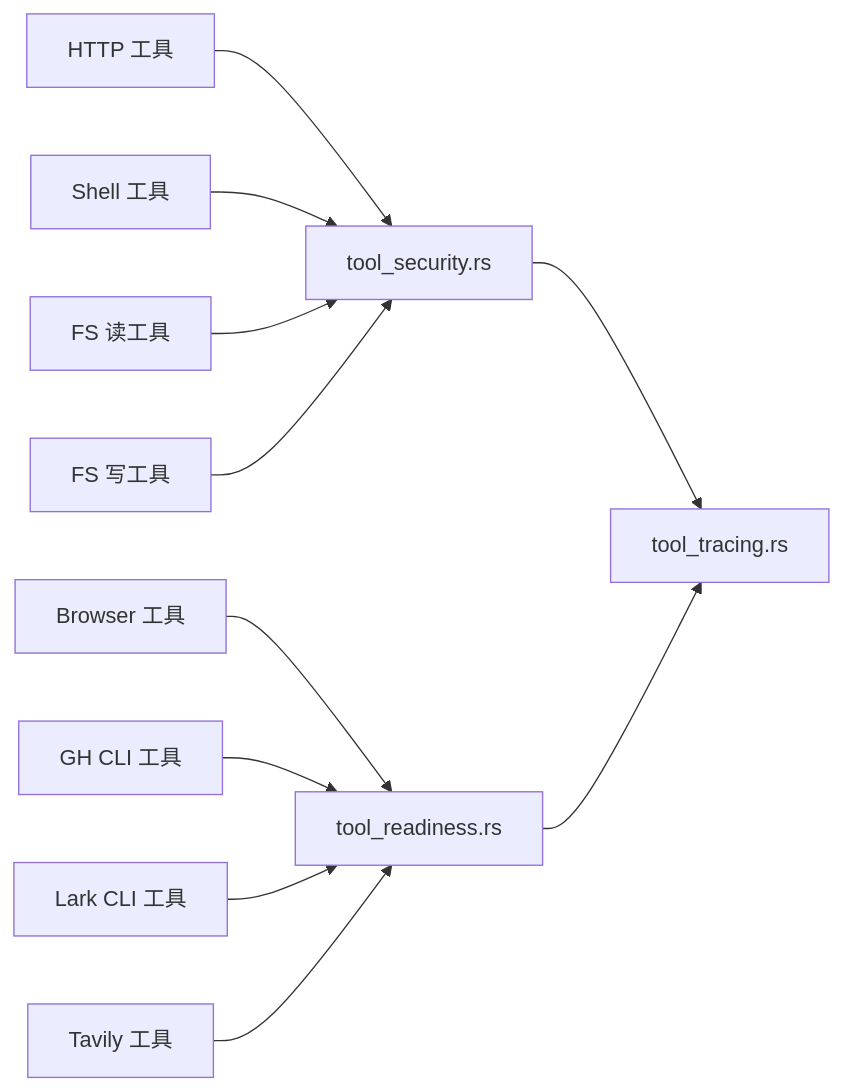
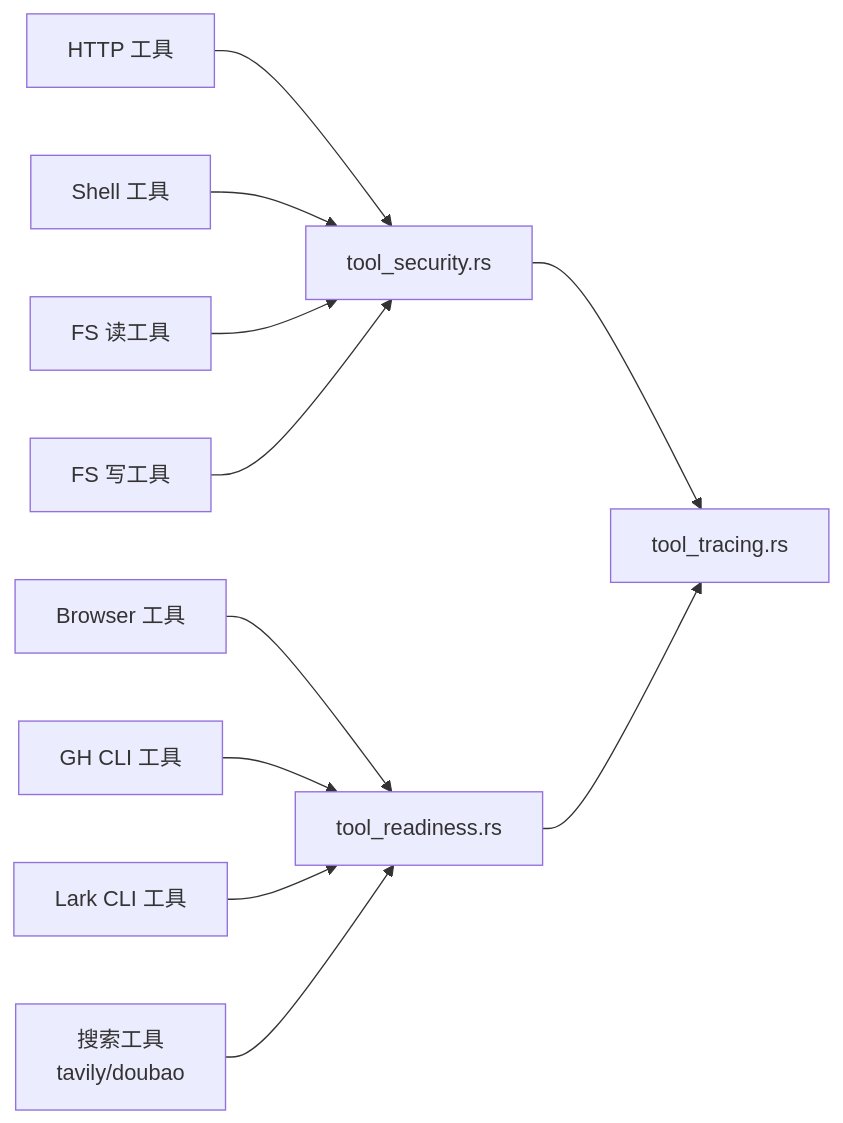
One commit to runningcoders/ai_orz changed the fourth of 4 diagrams in docs/wiki/zh/content/核心模块/工具与技能/工具系统/工具输出与安全治理.md. Above: the diagram before and after it, drawn with Mermaid. The commit also changed other lines of this file and 5 other files, not shown here.

First line of the commit message:
docs(wiki): 搜索工具 + GenericToken 凭据机制同步 — 长文更新3页 + 知识卡合并3张（含归档0张重复副卡）+ 单向引用与图谱关联对齐（AGENTS §2.1.3 v2.1，豆包搜索/Tavily迁移/GenericToken+platform）

````diff
--- a/docs/wiki/zh/content/核心模块/工具与技能/工具系统/工具输出与安全治理.md
+++ b/docs/wiki/zh/content/核心模块/工具与技能/工具系统/工具输出与安全治理.md
@@ -521,13 +538,13 @@
 ```mermaid
 graph LR
 HTTP[HTTP 工具] --> SEC[tool_security.rs]
 SHELL[Shell 工具] --> SEC
 FS_READ[FS 读工具] --> SEC
 FS_WRITE[FS 写工具] --> SEC
 BROWSER[Browser 工具] --> READINESS[tool_readiness.rs]
 GH[GH CLI 工具] --> READINESS
 LARK[Lark CLI 工具] --> READINESS
-TAVILY[Tavily 工具] --> READINESS
+TAVILY[搜索工具<br/>tavily/doubao] --> READINESS
 SEC --> TRACING[tool_tracing.rs]
 READINESS --> TRACING
 ```
````
